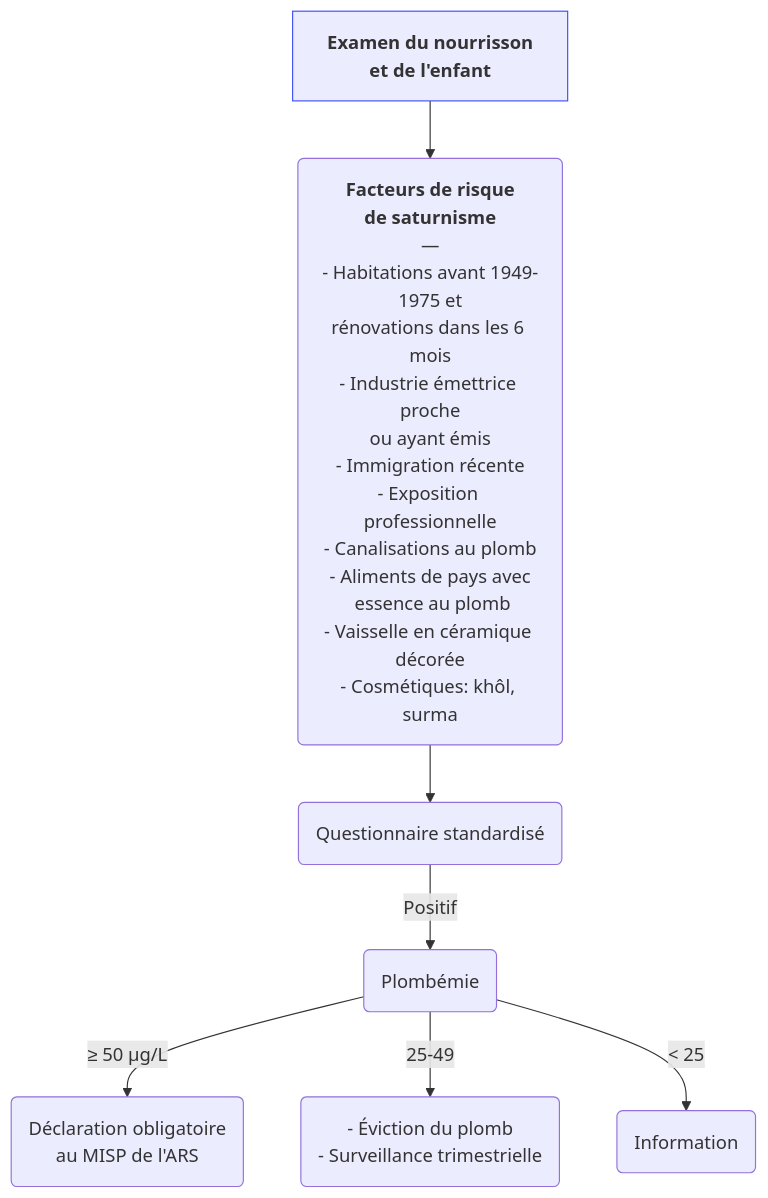
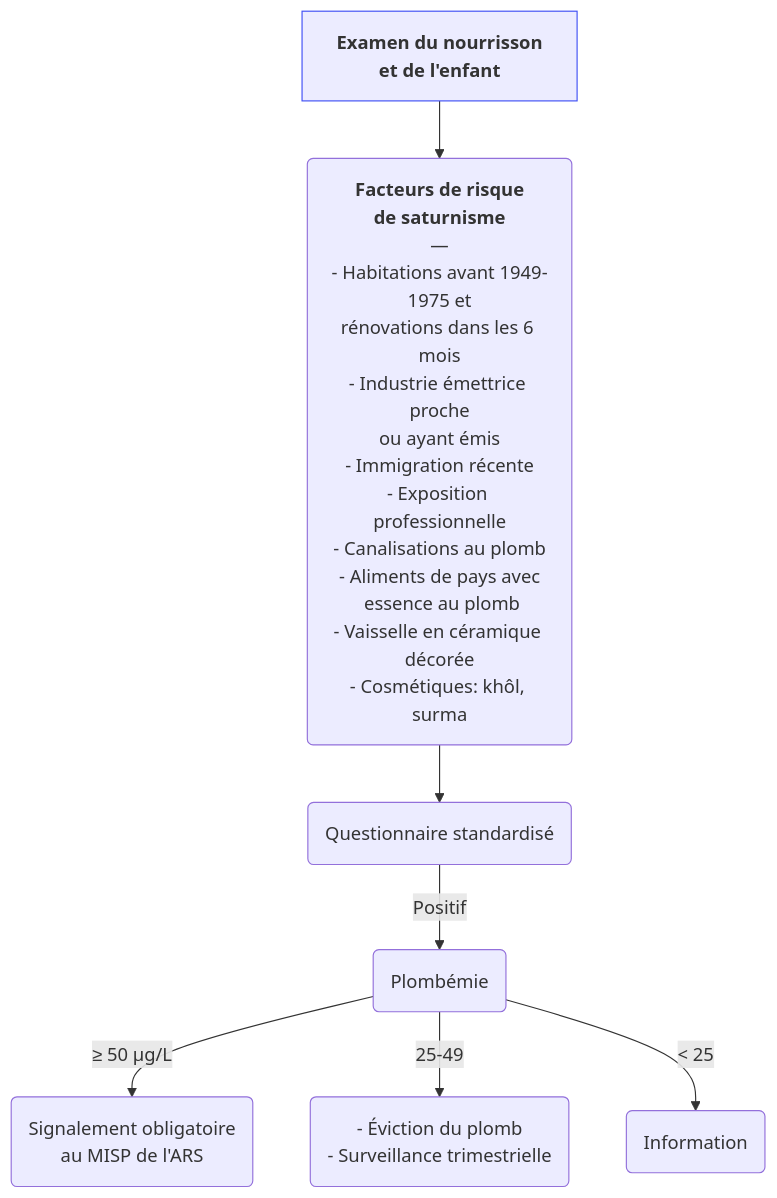
One commit to djibe/recommandations-medicales changed the diagram in content/recommandations/saturnisme.md. Above: the diagram before and after it, drawn with Mermaid. The commit also changed other lines of this file and 16 other files, not shown here.

Commit message:
Signalement obligatoire

```diff
--- a/content/recommandations/saturnisme.md
+++ b/content/recommandations/saturnisme.md
@@ -166,7 +166,7 @@
 {{< mermaid title="Prise en charge du saturnisme par le médecin généraliste. Dr JB Fron d'après Inserm 2015" >}}
 graph TB
-  examen["<b>Examen du nourrisson<br>et de l'enfant</b>"] --> risque("<b>Facteurs de risque<br>de saturnisme</b><br>—<br>- Habitations avant 1949-1975 et<br>rénovations dans les 6 mois<br>- Industrie émettrice proche<br>ou ayant émis<br>- Immigration récente<br>- Exposition professionnelle<br>- Canalisations au plomb<br>- Aliments de pays avec<br> essence au plomb<br>- Vaisselle en céramique décorée<br>- Cosmétiques: khôl, surma") --> questionnaire(Questionnaire standardisé) -- Positif --> plombémie("Plombémie") -- "≥ 50 µg/L" --> déclaration("Déclaration obligatoire<br>au MISP de l'ARS")
+  examen["<b>Examen du nourrisson<br>et de l'enfant</b>"] --> risque("<b>Facteurs de risque<br>de saturnisme</b><br>—<br>- Habitations avant 1949-1975 et<br>rénovations dans les 6 mois<br>- Industrie émettrice proche<br>ou ayant émis<br>- Immigration récente<br>- Exposition professionnelle<br>- Canalisations au plomb<br>- Aliments de pays avec<br> essence au plomb<br>- Vaisselle en céramique décorée<br>- Cosmétiques: khôl, surma") --> questionnaire(Questionnaire standardisé) -- Positif --> plombémie("Plombémie") -- "≥ 50 µg/L" --> déclaration("Signalement obligatoire<br>au MISP de l'ARS")
     plombémie -- "25-49" --> surveillance("- Éviction du plomb<br>- Surveillance trimestrielle")
     plombémie -- "&lt; 25" --> absence(Information)
   style examen stroke:#4150f5, stroke-width:1px
 {{< /mermaid >}}
```
